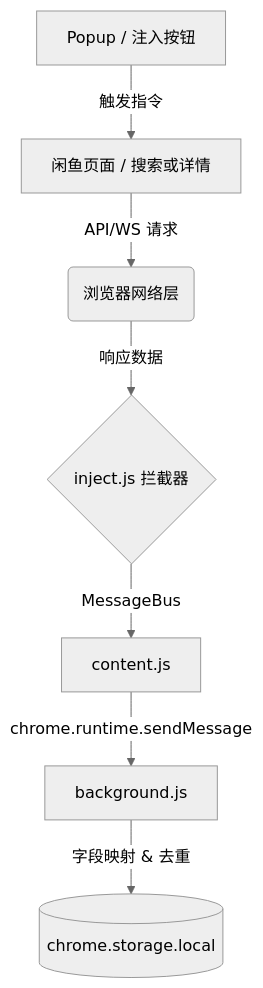
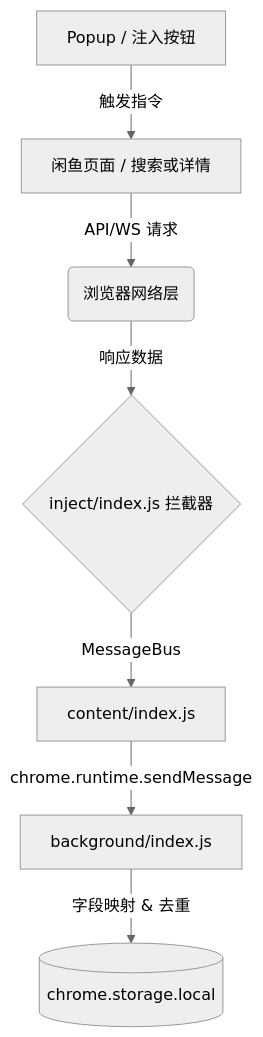
Before and after one commit to a1667834841/FishOps: the first of 2 diagrams in README.md, drawn with Mermaid (neutral theme). The commit also changed other lines of this file and 53 other files, not shown here.

````diff
--- a/README.md
+++ b/README.md
@@ -33,9 +71,9 @@
 ```mermaid
 graph TD
     A[闲鱼页面 / 搜索或详情] -->|API/WS 请求| B(浏览器网络层)
-    B -->|响应数据| C{inject.js 拦截器}
-    C -->|MessageBus| D[content.js]
-    D -->|chrome.runtime.sendMessage| E[background.js]
+    B -->|响应数据| C{inject/index.js 拦截器}
+    C -->|MessageBus| D[content/index.js]
+    D -->|chrome.runtime.sendMessage| E[background/index.js]
     E -->|字段映射 & 去重| F[(chrome.storage.local)]
     G[Popup / 注入按钮] -->|触发指令| A
 ```
````
